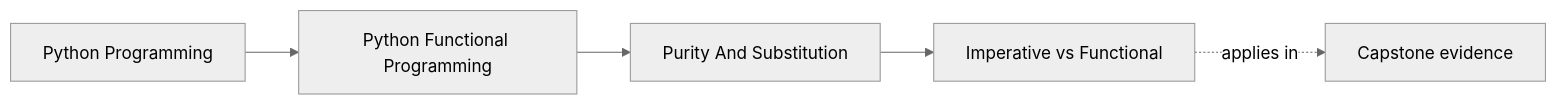
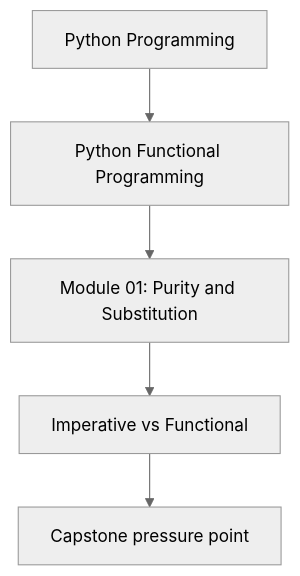
One commit to bijux/bijux-masterclass changed the first of 2 diagrams in programs/python-programming/python-functional-programming/course-book/module-01-purity-and-substitution/imperative-vs-functional.md. Above: the diagram before and after it, drawn with Mermaid (neutral theme). The commit also changed other lines of this file and 118 other files, not shown here.

Commit message:
docs(python-functional-programming): align concept page diagrams

````diff
--- a/programs/python-programming/python-functional-programming/course-book/module-01-purity-and-substitution/imperative-vs-functional.md
+++ b/programs/python-programming/python-functional-programming/course-book/module-01-purity-and-substitution/imperative-vs-functional.md
@@ -7,11 +7,7 @@
 ```mermaid
-graph LR
-  family["Python Programming"]
-  program["Python Functional Programming"]
-  section["Purity And Substitution"]
-  page["Imperative vs Functional"]
-  capstone["Capstone evidence"]
-
-  family --> program --> section --> page
-  page -.applies in.-> capstone
+flowchart TD
+  family["Python Programming"] --> program["Python Functional Programming"]
+  program --> module["Module 01: Purity and Substitution"]
+  module --> concept["Imperative vs Functional"]
+  concept --> capstone["Capstone pressure point"]
 ```
````
